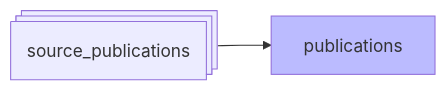
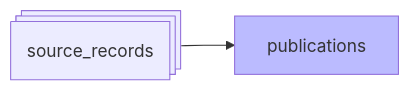
Before and after one commit to Y33sha/bibliometrie-uca: the diagram in docs/pipeline/07-publications.md, drawn with Mermaid. The commit also changed other lines of this file and 560 other files, not shown here.

````diff
--- a/docs/pipeline/07-publications.md
+++ b/docs/pipeline/07-publications.md
@@ -5,6 +5,6 @@
 ```mermaid
 flowchart LR
-    A@{ shape: procs, label: "source_publications"}-->B[publications]
+    A@{ shape: procs, label: "source_records"}-->B[publications]
     classDef new  fill:#bbf
     class B new;
 ```
````
